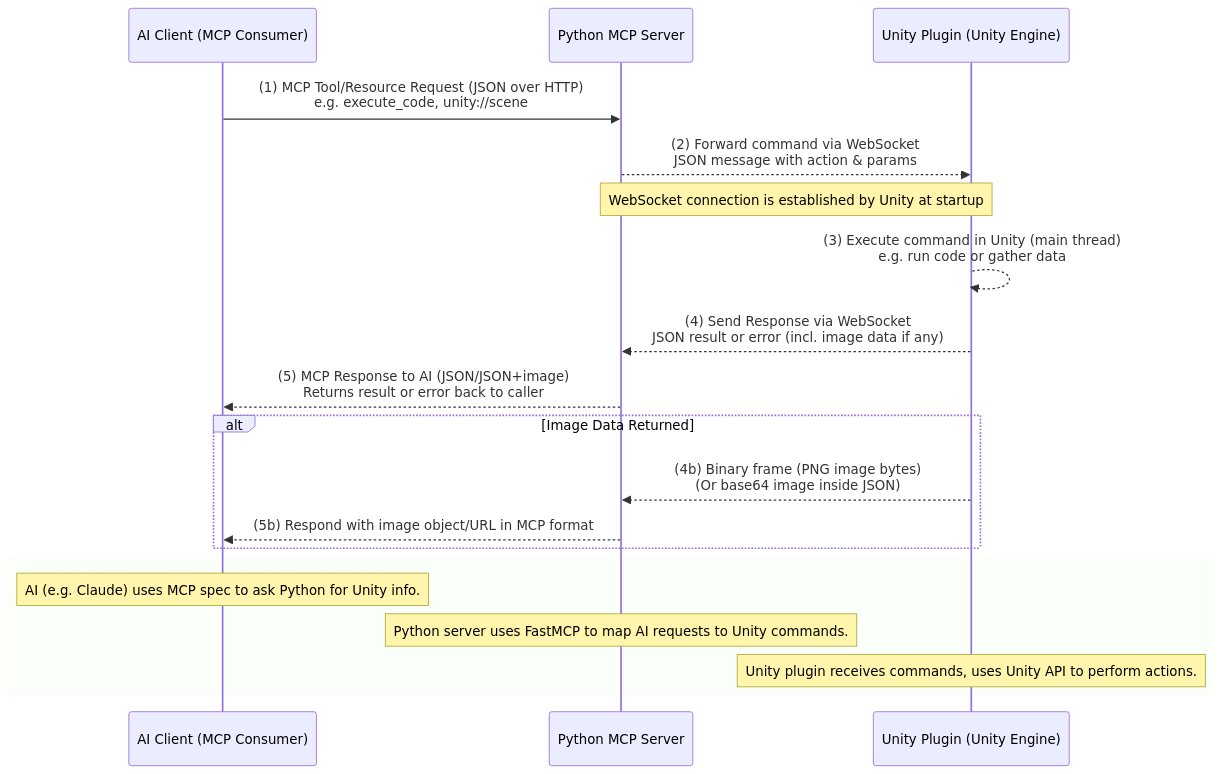
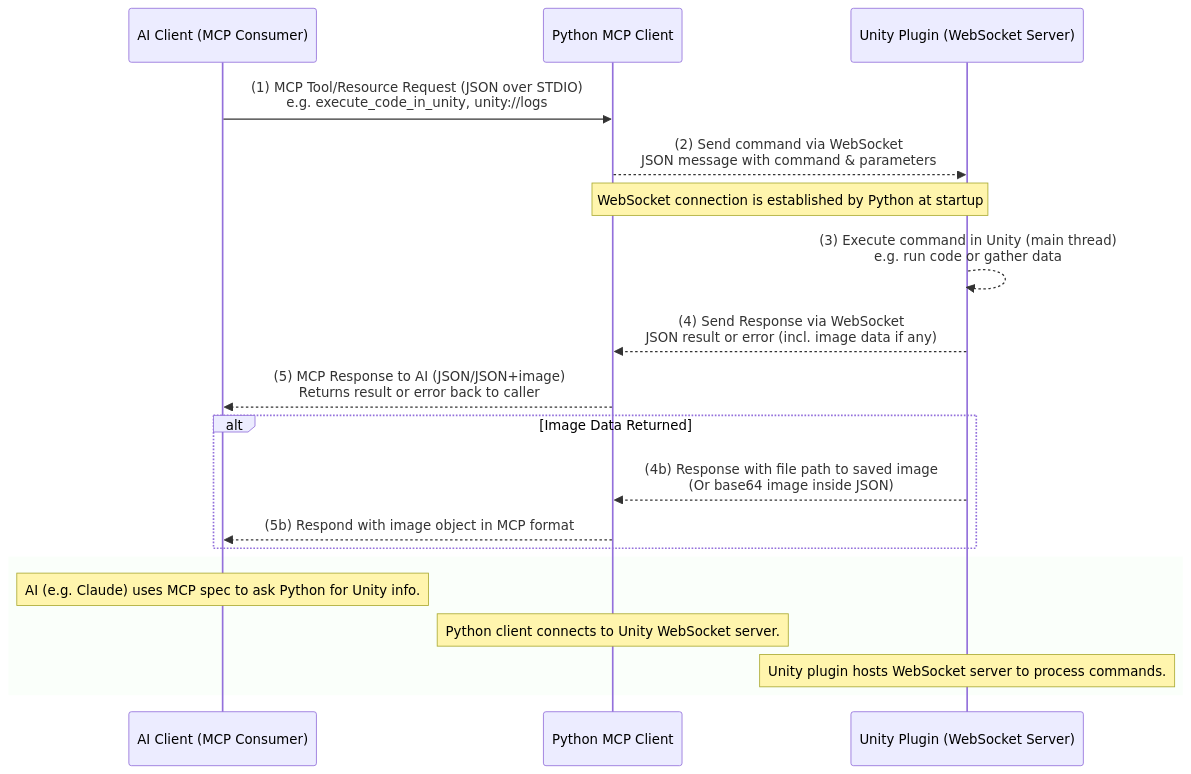
One commit to Azreal42/YetAnotherUnityMcp changed the diagram in TECH_DETAILS.md. Above: the diagram before and after it, drawn with Mermaid. The commit also changed other lines of this file and 35 other files, not shown here.

First line of the commit message:
Invert WebSocket architecture: Unity as server, Python as client

````diff
--- a/TECH_DETAILS.md
+++ b/TECH_DETAILS.md
@@ -174,21 +190,21 @@
 ```mermaid
 sequenceDiagram
     participant AI as AI Client (MCP Consumer)
-    participant Python as Python MCP Server
-    participant Unity as Unity Plugin (Unity Engine)
-    AI->>Python: (1) MCP Tool/Resource Request (JSON over HTTP)<br/>e.g. execute_code, unity://scene
-    Python-->>Unity: (2) Forward command via WebSocket<br/>JSON message with action & params
-    note over Python,Unity: WebSocket connection is established by Unity at startup
+    participant Python as Python MCP Client
+    participant Unity as Unity Plugin (WebSocket Server)
+    AI->>Python: (1) MCP Tool/Resource Request (JSON over STDIO)<br/>e.g. execute_code_in_unity, unity://logs
+    Python-->>Unity: (2) Send command via WebSocket<br/>JSON message with command & parameters
+    note over Python,Unity: WebSocket connection is established by Python at startup
     Unity-->>Unity: (3) Execute command in Unity (main thread)<br/>e.g. run code or gather data
     Unity-->>Python: (4) Send Response via WebSocket<br/>JSON result or error (incl. image data if any)
     Python-->>AI: (5) MCP Response to AI (JSON/JSON+image)<br/>Returns result or error back to caller
     alt Image Data Returned
-        Unity-->>Python: (4b) Binary frame (PNG image bytes)<br/>(Or base64 image inside JSON)
-        Python-->>AI: (5b) Respond with image object/URL in MCP format
+        Unity-->>Python: (4b) Response with file path to saved image<br/>(Or base64 image inside JSON)
+        Python-->>AI: (5b) Respond with image object in MCP format
     end
     rect rgba(200, 255, 200, 0.1)
         Note over AI: AI (e.g. Claude) uses MCP spec to ask Python for Unity info.
-        Note over Python: Python server uses FastMCP to map AI requests to Unity commands.
-        Note over Unity: Unity plugin receives commands, uses Unity API to perform actions.
+        Note over Python: Python client connects to Unity WebSocket server.
+        Note over Unity: Unity plugin hosts WebSocket server to process commands.
     end
 ```
````
